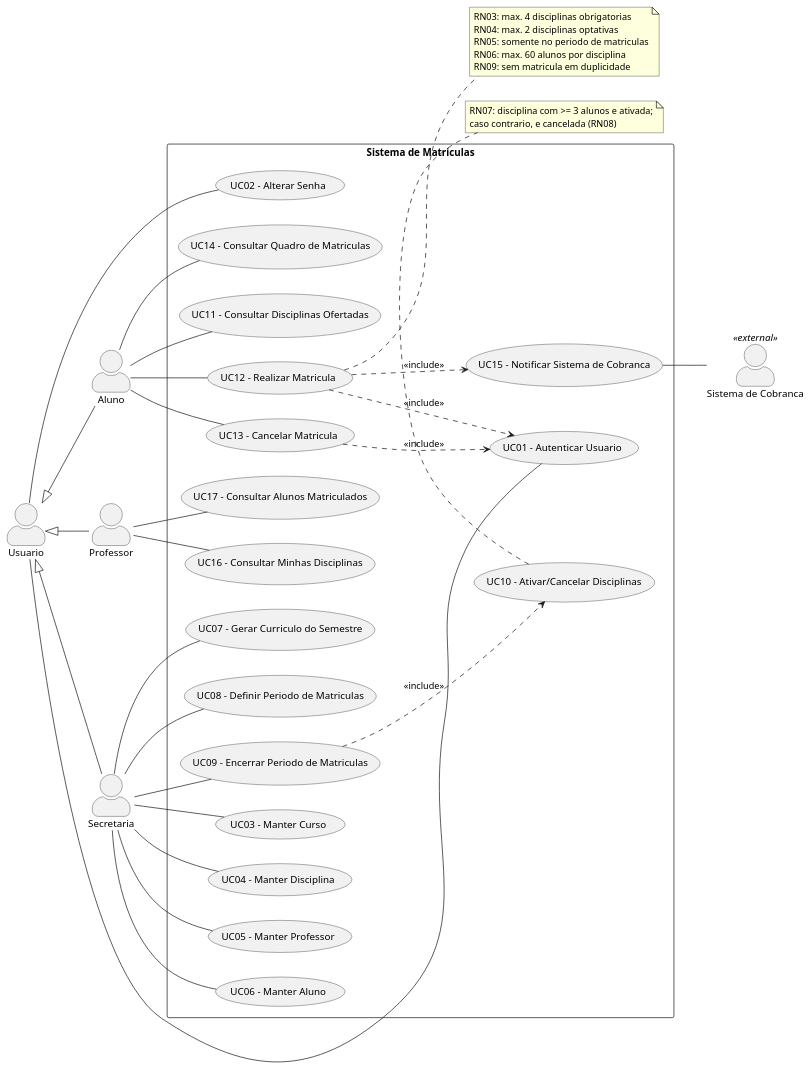
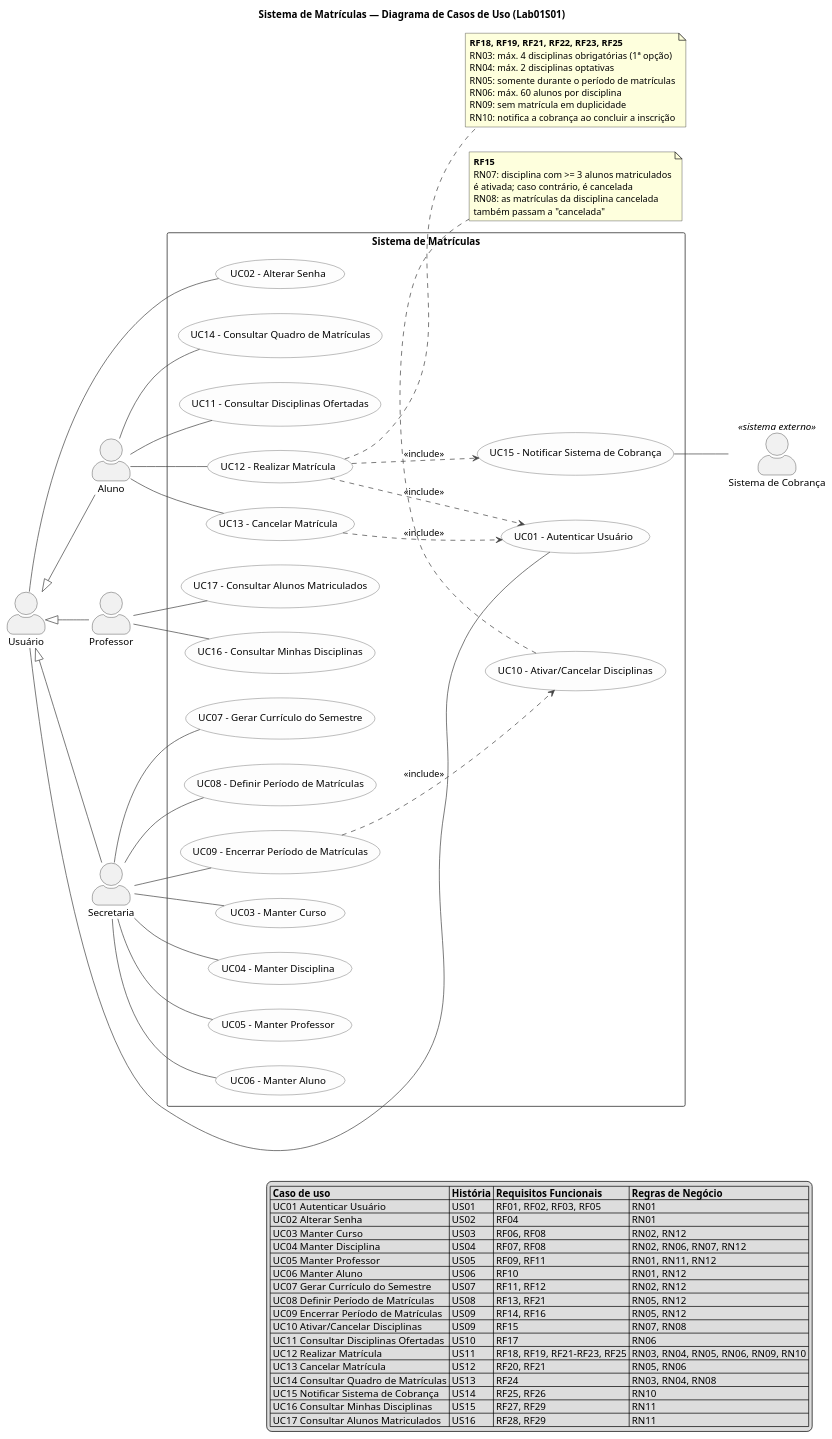
One commit to viniciusoramos/SistemaMatriculas changed the diagram in docs/diagramas/casos-de-uso.puml. Above: the diagram before and after it, drawn with PlantUML.

Commit message:
docs: atualiza o diagrama de casos de uso em PlantUML
- Acentuacao correta nos nomes de atores e casos de uso (UTF-8)
- Titulo do diagrama e estereotipo <<sistema externo>> no ator Sistema
  de Cobranca
- Notas de regra de negocio mantidas apenas em UC12 e UC10, com os
  requisitos funcionais correspondentes
- Legenda com a rastreabilidade completa: caso de uso x historia x
  requisitos funcionais x regras de negocio
- Sem referencia a requisitos nao funcionais, conforme a revisao dos
  casos de uso

Renderizar com: java -jar plantuml.jar -charset UTF-8 -tpng docs/diagramas/casos-de-uso.puml

```diff
--- a/docs/diagramas/casos-de-uso.puml
+++ b/docs/diagramas/casos-de-uso.puml
@@ -1,98 +1,160 @@
 @startuml casos-de-uso-sistema-matriculas
-' Sistema de Matriculas - PUC Minas
-' Laboratorio de Desenvolvimento de Software - Lab01S01
-' Diagrama de Casos de Uso
+' =====================================================================
+' Sistema de Matrículas - PUC Minas
+' Laboratório de Desenvolvimento de Software - Laboratório 2 (2026/2)
+' Sprint Lab01S01 - Diagrama de Casos de Uso
+'
+' Alinhado com o README.md:
+'   - Secao 3  : Requisitos Funcionais  (RF01 a RF29)
+'   - Secao 5  : Regras de Negocio      (RN01 a RN12)
+'   - Secao 7/8: detalhamento dos casos de uso pelas historias US01 a US16
+' Os requisitos nao funcionais (Secao 4) nao aparecem aqui: sao atributos
+' de qualidade do sistema, nao comportamento de um caso de uso.
+' =====================================================================
+
+title Sistema de Matrículas — Diagrama de Casos de Uso (Lab01S01)
 
 left to right direction
 skinparam packageStyle rectangle
 skinparam actorStyle awesome
 skinparam shadowing false
+skinparam usecase {
+  BackgroundColor #FDFDFD
+  BorderColor #444444
+  ArrowColor #444444
+}
 
-actor "Usuario" as USR
+' ---------------------------------------------------------------------
+' Atores
+' ---------------------------------------------------------------------
+actor "Usuário" as USR
 actor "Aluno" as ALU
 actor "Professor" as PRO
 actor "Secretaria" as SEC
-actor "Sistema de Cobranca" as COB <<external>>
+actor "Sistema de Cobrança" as COB <<sistema externo>>
 
+' Generalizacao: todo ator humano do sistema e um usuario autenticavel (RN01)
 USR <|-- ALU
 USR <|-- PRO
 USR <|-- SEC
 
-rectangle "Sistema de Matriculas" {
+' ---------------------------------------------------------------------
+' Fronteira do sistema
+' ---------------------------------------------------------------------
+rectangle "Sistema de Matrículas" {
 
-  ' --- Acesso ---
-  usecase "UC01 - Autenticar Usuario" as UC01
+  ' --- Acesso ao sistema ---
+  usecase "UC01 - Autenticar Usuário" as UC01
   usecase "UC02 - Alterar Senha" as UC02
 
-  ' --- Cadastros (Secretaria) ---
+  ' --- Manutencao de cadastros (Secretaria) ---
   usecase "UC03 - Manter Curso" as UC03
   usecase "UC04 - Manter Disciplina" as UC04
   usecase "UC05 - Manter Professor" as UC05
   usecase "UC06 - Manter Aluno" as UC06
 
-  ' --- Curriculo e Periodo (Secretaria) ---
-  usecase "UC07 - Gerar Curriculo do Semestre" as UC07
-  usecase "UC08 - Definir Periodo de Matriculas" as UC08
-  usecase "UC09 - Encerrar Periodo de Matriculas" as UC09
+  ' --- Curriculo e periodo de matriculas (Secretaria) ---
+  usecase "UC07 - Gerar Currículo do Semestre" as UC07
+  usecase "UC08 - Definir Período de Matrículas" as UC08
+  usecase "UC09 - Encerrar Período de Matrículas" as UC09
   usecase "UC10 - Ativar/Cancelar Disciplinas" as UC10
 
   ' --- Matricula (Aluno) ---
   usecase "UC11 - Consultar Disciplinas Ofertadas" as UC11
-  usecase "UC12 - Realizar Matricula" as UC12
-  usecase "UC13 - Cancelar Matricula" as UC13
-  usecase "UC14 - Consultar Quadro de Matriculas" as UC14
+  usecase "UC12 - Realizar Matrícula" as UC12
+  usecase "UC13 - Cancelar Matrícula" as UC13
+  usecase "UC14 - Consultar Quadro de Matrículas" as UC14
 
   ' --- Cobranca ---
-  usecase "UC15 - Notificar Sistema de Cobranca" as UC15
+  usecase "UC15 - Notificar Sistema de Cobrança" as UC15
 
   ' --- Consultas (Professor) ---
   usecase "UC16 - Consultar Minhas Disciplinas" as UC16
   usecase "UC17 - Consultar Alunos Matriculados" as UC17
 }
 
-' Associacoes do ator generalizado
+' ---------------------------------------------------------------------
+' Associacoes ator x caso de uso
+' ---------------------------------------------------------------------
+
+' Usuario (herdado por Aluno, Professor e Secretaria)
 USR -- UC01
 USR -- UC02
 
 ' Aluno
 ALU -- UC11
 ALU -- UC12
 ALU -- UC13
 ALU -- UC14
 
 ' Professor
 PRO -- UC16
 PRO -- UC17
 
 ' Secretaria
 SEC -- UC03
 SEC -- UC04
 SEC -- UC05
 SEC -- UC06
 SEC -- UC07
 SEC -- UC08
 SEC -- UC09
 
-' Ator secundario
+' Ator secundario (externo)
 UC15 -- COB
 
+' ---------------------------------------------------------------------
 ' Relacionamentos entre casos de uso
+' ---------------------------------------------------------------------
 UC12 ..> UC01 : <<include>>
 UC13 ..> UC01 : <<include>>
 UC12 ..> UC15 : <<include>>
 UC09 ..> UC10 : <<include>>
 
+' ---------------------------------------------------------------------
+' Regras de negocio associadas aos casos de uso
+' ---------------------------------------------------------------------
 note right of UC12
-  RN03: max. 4 disciplinas obrigatorias
-  RN04: max. 2 disciplinas optativas
-  RN05: somente no periodo de matriculas
-  RN06: max. 60 alunos por disciplina
-  RN09: sem matricula em duplicidade
+  **RF18, RF19, RF21, RF22, RF23, RF25**
+  RN03: máx. 4 disciplinas obrigatórias (1ª opção)
+  RN04: máx. 2 disciplinas optativas
+  RN05: somente durante o período de matrículas
+  RN06: máx. 60 alunos por disciplina
+  RN09: sem matrícula em duplicidade
+  RN10: notifica a cobrança ao concluir a inscrição
 end note
 
 note bottom of UC10
-  RN07: disciplina com >= 3 alunos e ativada;
-  caso contrario, e cancelada (RN08)
+  **RF15**
+  RN07: disciplina com >= 3 alunos matriculados
+  é ativada; caso contrário, é cancelada
+  RN08: as matrículas da disciplina cancelada
+  também passam a "cancelada"
 end note
 
+
+' ---------------------------------------------------------------------
+' Legenda
+' ---------------------------------------------------------------------
+legend right
+  |= Caso de uso |= História |= Requisitos Funcionais |= Regras de Negócio |
+  | UC01 Autenticar Usuário | US01 | RF01, RF02, RF03, RF05 | RN01 |
+  | UC02 Alterar Senha | US02 | RF04 | RN01 |
+  | UC03 Manter Curso | US03 | RF06, RF08 | RN02, RN12 |
+  | UC04 Manter Disciplina | US04 | RF07, RF08 | RN02, RN06, RN07, RN12 |
+  | UC05 Manter Professor | US05 | RF09, RF11 | RN01, RN11, RN12 |
+  | UC06 Manter Aluno | US06 | RF10 | RN01, RN12 |
+  | UC07 Gerar Currículo do Semestre | US07 | RF11, RF12 | RN02, RN12 |
+  | UC08 Definir Período de Matrículas | US08 | RF13, RF21 | RN05, RN12 |
+  | UC09 Encerrar Período de Matrículas | US09 | RF14, RF16 | RN05, RN12 |
+  | UC10 Ativar/Cancelar Disciplinas | US09 | RF15 | RN07, RN08 |
+  | UC11 Consultar Disciplinas Ofertadas | US10 | RF17 | RN06 |
+  | UC12 Realizar Matrícula | US11 | RF18, RF19, RF21-RF23, RF25 | RN03, RN04, RN05, RN06, RN09, RN10 |
+  | UC13 Cancelar Matrícula | US12 | RF20, RF21 | RN05, RN06 |
+  | UC14 Consultar Quadro de Matrículas | US13 | RF24 | RN03, RN04, RN08 |
+  | UC15 Notificar Sistema de Cobrança | US14 | RF25, RF26 | RN10 |
+  | UC16 Consultar Minhas Disciplinas | US15 | RF27, RF29 | RN11 |
+  | UC17 Consultar Alunos Matriculados | US16 | RF28, RF29 | RN11 |
+end legend
+
 @enduml
```
